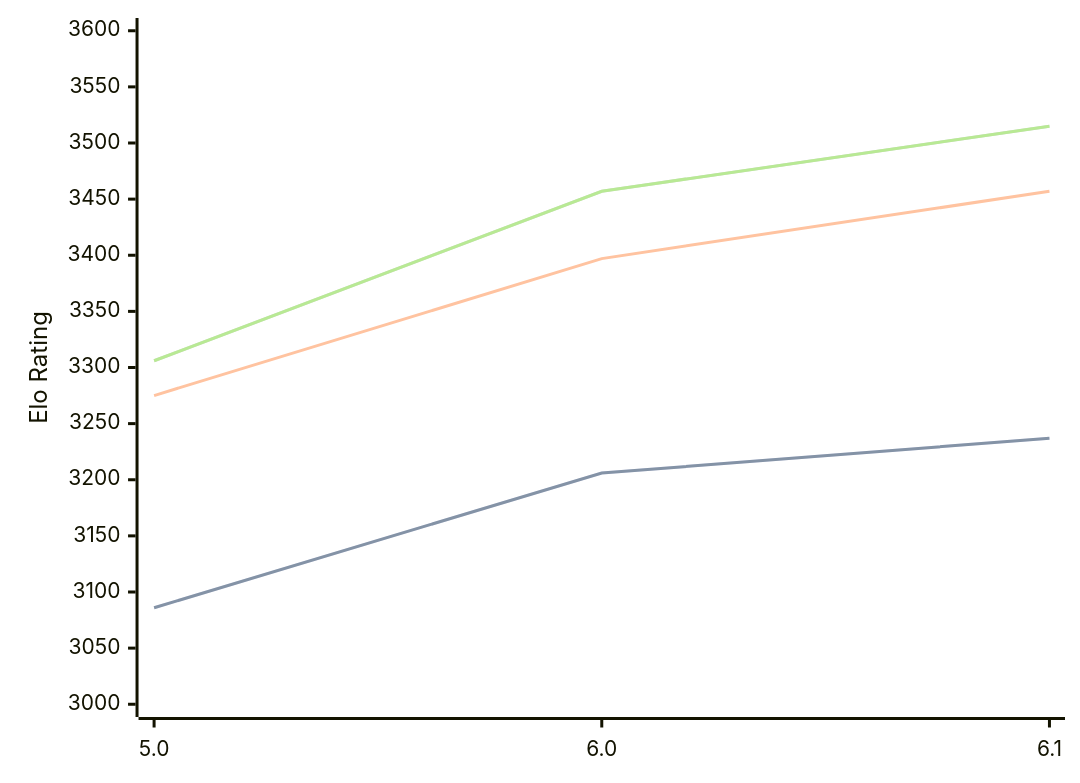
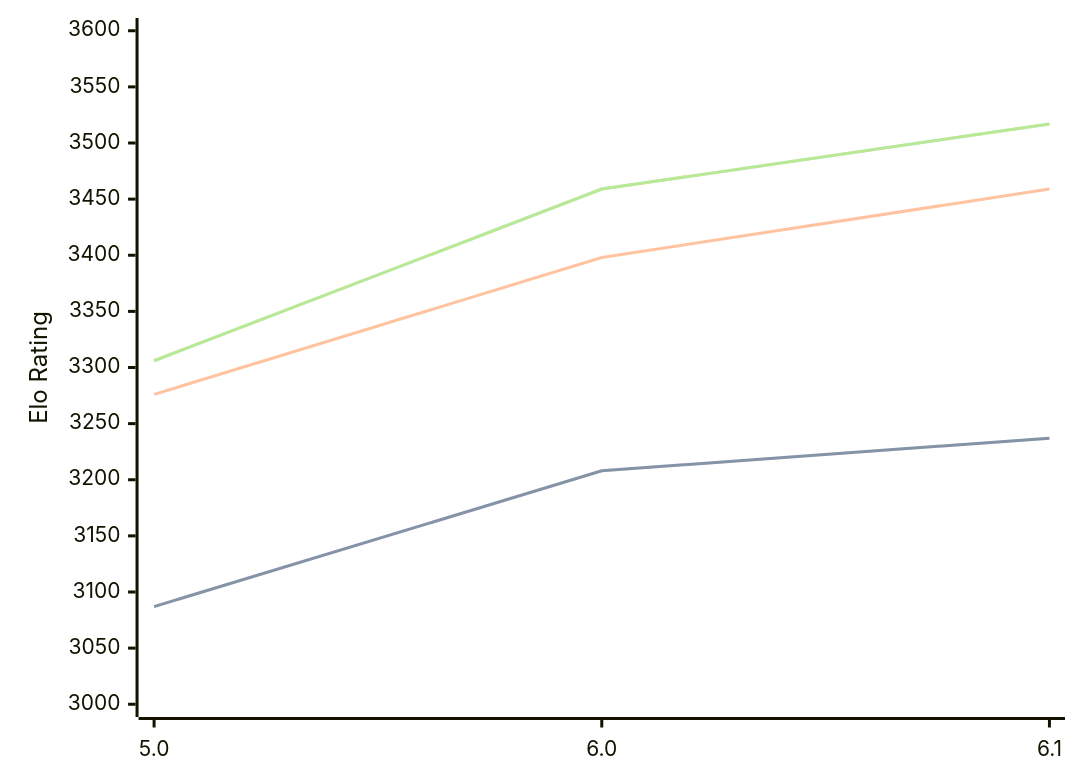
One commit to computer-chess-index/cci changed the diagram in engines/PZChessBot.md. Above: the diagram before and after it, drawn with Mermaid. The commit also changed other lines of this file, not shown here.

Commit message:
Update CCI Ratings (ELO VLTC) - 2026-04-22

````diff
--- a/engines/PZChessBot.md
+++ b/engines/PZChessBot.md
@@ -42,11 +42,11 @@
 ```mermaid
 %%{init: {"theme":"base","themeVariables":{"seriesColors:['#a3a3a3','#222221','#faa371']}}}%%
 xychart-beta
   x-axis ["5.0", "6.0", "6.1"]
   y-axis "Elo Rating" 3000 --> 3600
-  line "STC (8.0+0.08s)" [3086, 3206, 3237]
-  line "STC (8.0+0.08s)" [3086, 3206, 3237]
-  line "LTC (60.0+0.60s)" [3275, 3397, 3457]
-  line "VLTC (2m24s+1.12s)" [3306, 3457, 3515]
-  line "VLTC (2m24s+1.12s)" [3306, 3457, 3515]
+  line "STC (8.0+0.08s)" [3087, 3208, 3237]
+  line "STC (8.0+0.08s)" [3087, 3208, 3237]
+  line "LTC (60.0+0.60s)" [3276, 3398, 3459]
+  line "VLTC (2m24s+1.12s)" [3306, 3459, 3517]
+  line "VLTC (2m24s+1.12s)" [3306, 3459, 3517]
 ```
````
